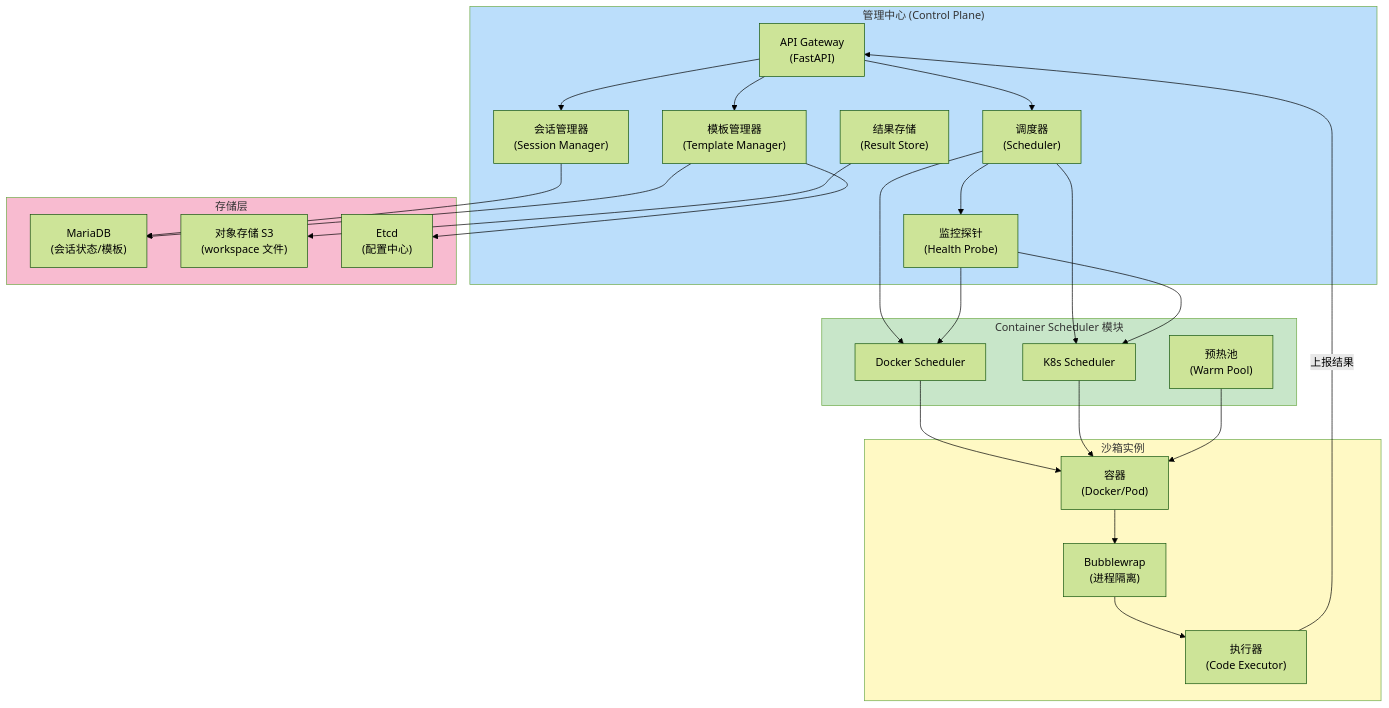
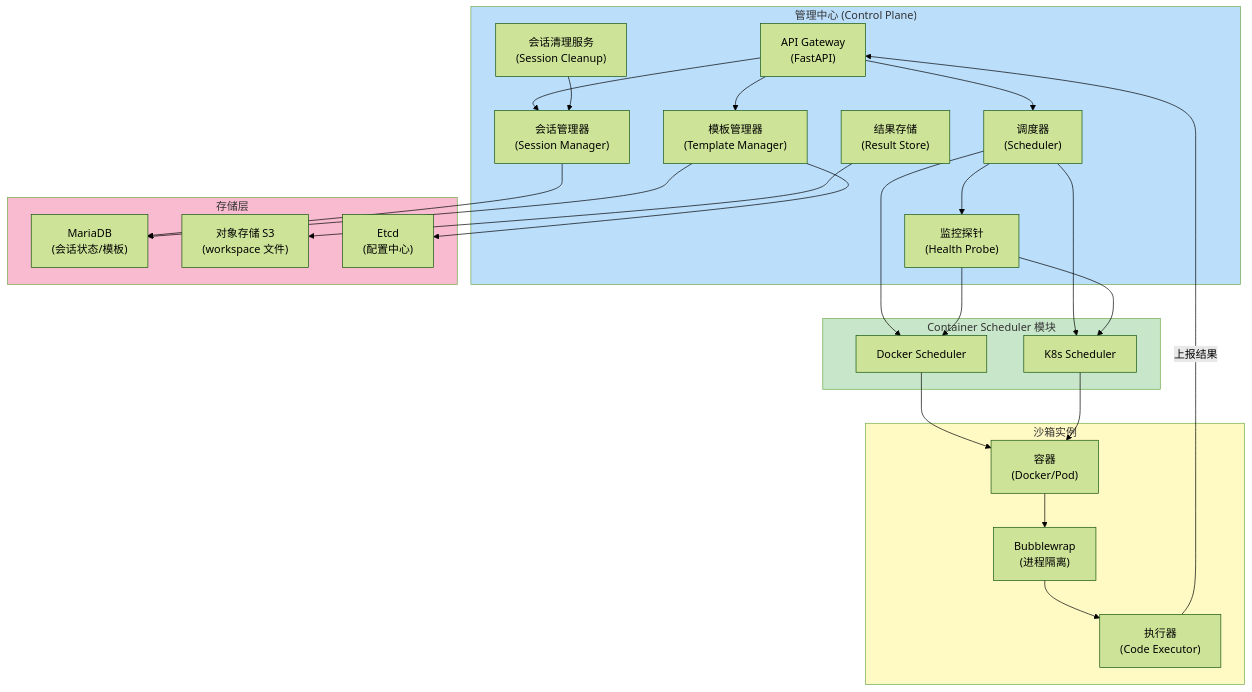
The second of 13 diagrams in docs/sandbox-design-v2.1.md (kweaver-ai/sandbox), drawn with Mermaid (forest theme) before and after one commit. The commit also changed other lines of this file and 17 other files, not shown here.

First line of the commit message:
``` feat(scheduler): replace warm pool with session cleanup service

````diff
--- a/docs/sandbox-design-v2.1.md
+++ b/docs/sandbox-design-v2.1.md
@@ -48,55 +48,55 @@
 ```mermaid
 graph TB
     subgraph ControlPlane["管理中心 (Control Plane)"]
         API["API Gateway<br/>(FastAPI)"]
         Scheduler["调度器<br/>(Scheduler)"]
         SessionMgr["会话管理器<br/>(Session Manager)"]
         TemplateMgr["模板管理器<br/>(Template Manager)"]
         Monitor["监控探针<br/>(Health Probe)"]
         ResultStore["结果存储<br/>(Result Store)"]
+        SessionCleanup["会话清理服务<br/>(Session Cleanup)"]
     end
 
     subgraph ContainerScheduler["Container Scheduler 模块"]
         DockerRuntime["Docker Scheduler"]
         K8sRuntime["K8s Scheduler"]
-        WarmPool["预热池<br/>(Warm Pool)"]
     end
 
     subgraph Sandbox["沙箱实例"]
         Container["容器<br/>(Docker/Pod)"]
         BubbleWrap["Bubblewrap<br/>(进程隔离)"]
         Executor["执行器<br/>(Code Executor)"]
     end
 
     subgraph Storage["存储层"]
         MariaDB["MariaDB<br/>(会话状态/模板)"]
         S3["对象存储 S3<br/>(workspace 文件)"]
         Etcd["Etcd<br/>(配置中心)"]
     end
 
     API --> Scheduler
     API --> SessionMgr
     API --> TemplateMgr
     Scheduler --> Monitor
     Scheduler --> DockerRuntime
     Scheduler --> K8sRuntime
     SessionMgr --> MariaDB
     TemplateMgr --> MariaDB
     Monitor --> DockerRuntime
     Monitor --> K8sRuntime
     ResultStore --> S3
+    SessionCleanup --> SessionMgr
 
     DockerRuntime --> Container
     K8sRuntime --> Container
-    WarmPool --> Container
     Container --> BubbleWrap
     BubbleWrap --> Executor
     Executor -->|上报结果| API
 
     TemplateMgr --> Etcd
 
     style ControlPlane fill:#bbdefb
     style ContainerScheduler fill:#c8e6c9
     style Sandbox fill:#fff9c4
     style Storage fill:#f8bbd0
 ```
````
